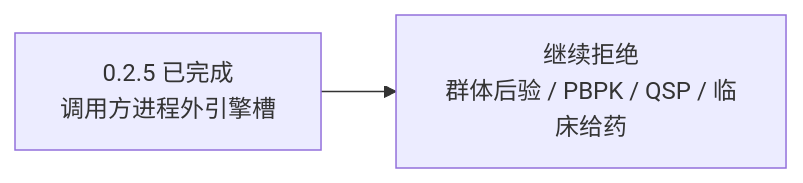
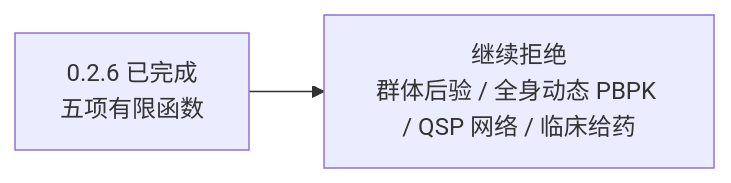
Before and after one commit to JianyunZhang/PharmacoWeave: the second of 2 diagrams in docs/project-evaluation.md, drawn with Mermaid. The commit also changed other lines of this file and 37 other files, not shown here.

````diff
--- a/docs/project-evaluation.md
+++ b/docs/project-evaluation.md
@@ -94,4 +95,4 @@
 ```mermaid
 flowchart LR
-    Done["0.2.5 已完成<br/>调用方进程外引擎槽"] --> Held["继续拒绝<br/>群体后验 / PBPK / QSP / 临床给药"]
+    Done["0.2.6 已完成<br/>五项有限函数"] --> Held["继续拒绝<br/>群体后验 / 全身动态 PBPK / QSP 网络 / 临床给药"]
 ```
````
